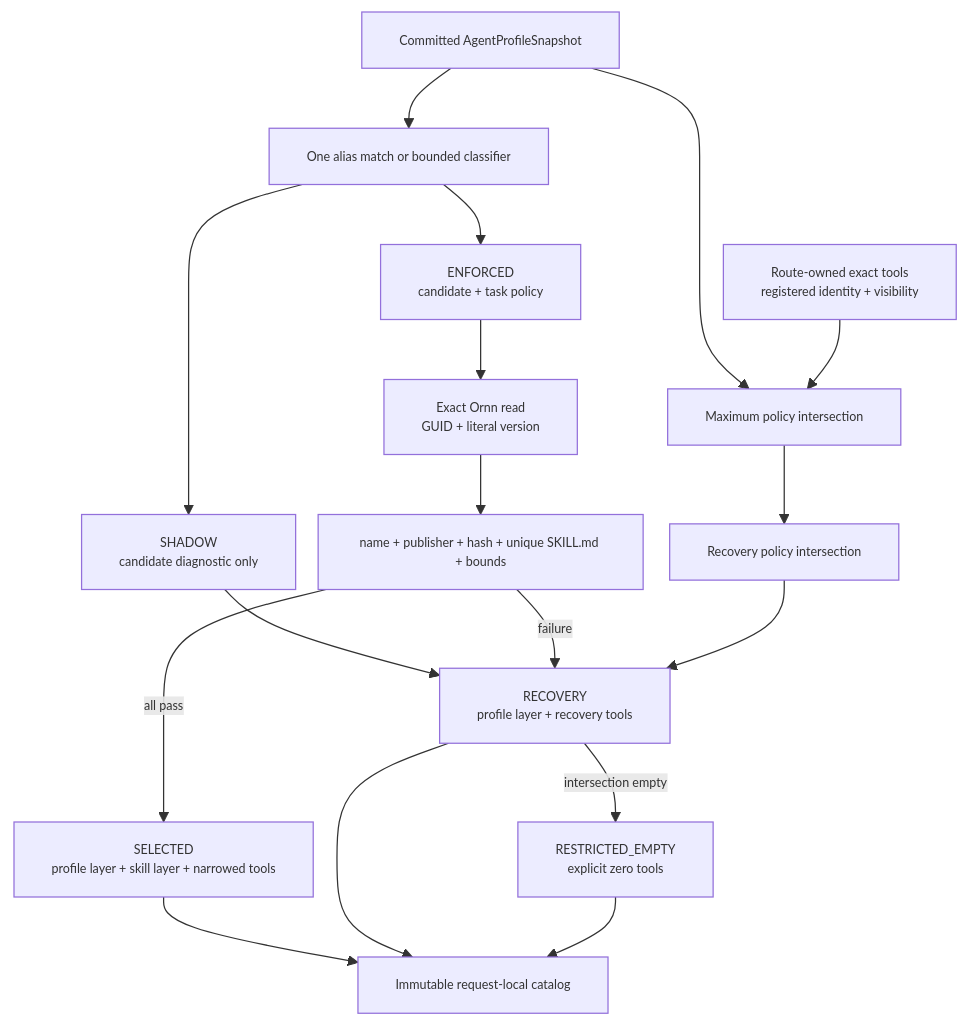
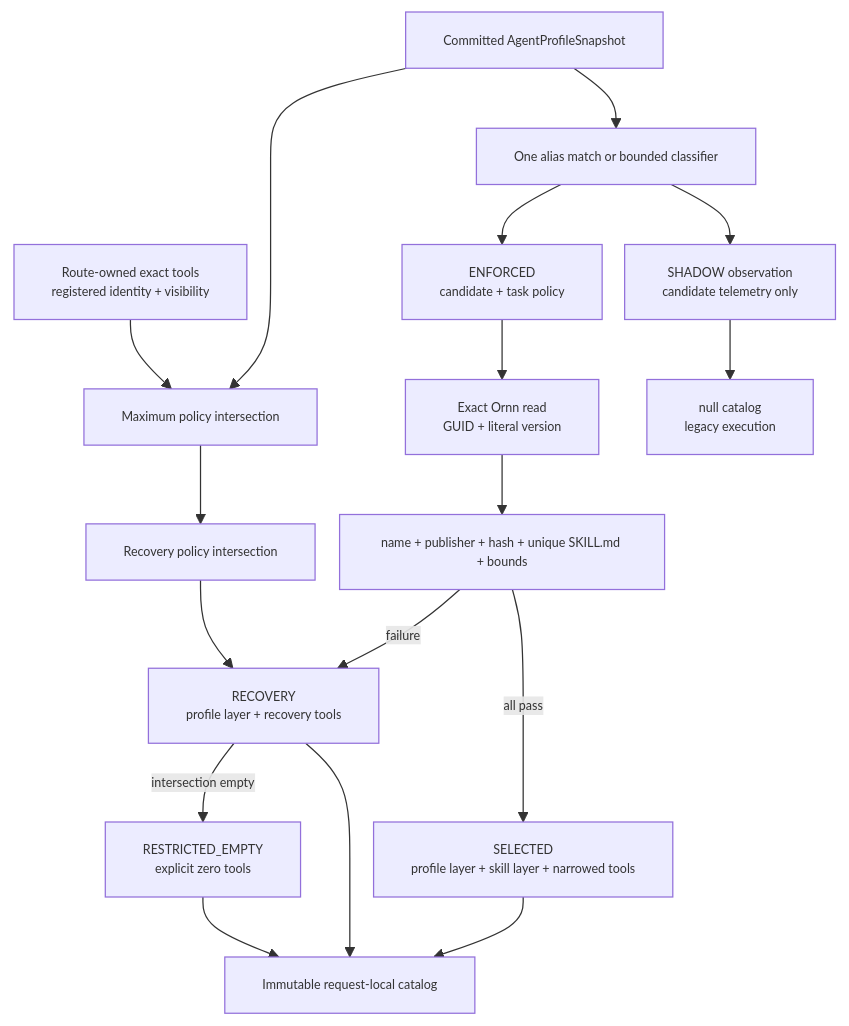
Before and after one commit to eanzhao-os/aevatar-review: the third of 3 diagrams in 07/03-agent-profile-and-immutable-binding.md, drawn with Mermaid. The commit also changed other lines of this file, not shown here.

Commit message:
docs(07): correct shadow profile semantics

````diff
--- a/07/03-agent-profile-and-immutable-binding.md
+++ b/07/03-agent-profile-and-immutable-binding.md
@@ -112,34 +112,35 @@
 ```mermaid
 %%{init: {"maxTextSize": 100000, "flowchart": {"useMaxWidth": false, "nodeSpacing": 18, "rankSpacing": 48}, "themeVariables": {"fontSize": "10px"}}}%%
 flowchart TB
     Snapshot["Committed AgentProfileSnapshot"]
     Available["Route-owned exact tools<br/>registered identity + visibility"]
     Maximum["Maximum policy intersection"]
     Recovery["Recovery policy intersection"]
     Candidate["One alias match or bounded classifier"]
-    Shadow["SHADOW<br/>candidate diagnostic only"]
+    Shadow["SHADOW observation<br/>candidate telemetry only"]
     Enforced["ENFORCED<br/>candidate + task policy"]
     Exact["Exact Ornn read<br/>GUID + literal version"]
     Checks["name + publisher + hash + unique SKILL.md + bounds"]
     Selected["SELECTED<br/>profile layer + skill layer + narrowed tools"]
     Fallback["RECOVERY<br/>profile layer + recovery tools"]
     Empty["RESTRICTED_EMPTY<br/>explicit zero tools"]
+    Legacy["null catalog<br/>legacy execution"]
     Request["Immutable request-local catalog"]
 
     Snapshot --> Maximum
     Available --> Maximum
     Maximum --> Recovery
     Snapshot --> Candidate
     Candidate --> Shadow
     Candidate --> Enforced
-    Shadow --> Fallback
+    Shadow --> Legacy
     Enforced --> Exact
     Exact --> Checks
     Checks -->|"all pass"| Selected
     Checks -->|"failure"| Fallback
     Recovery --> Fallback
     Fallback -->|"intersection empty"| Empty
     Selected --> Request
     Fallback --> Request
     Empty --> Request
 ```
````
